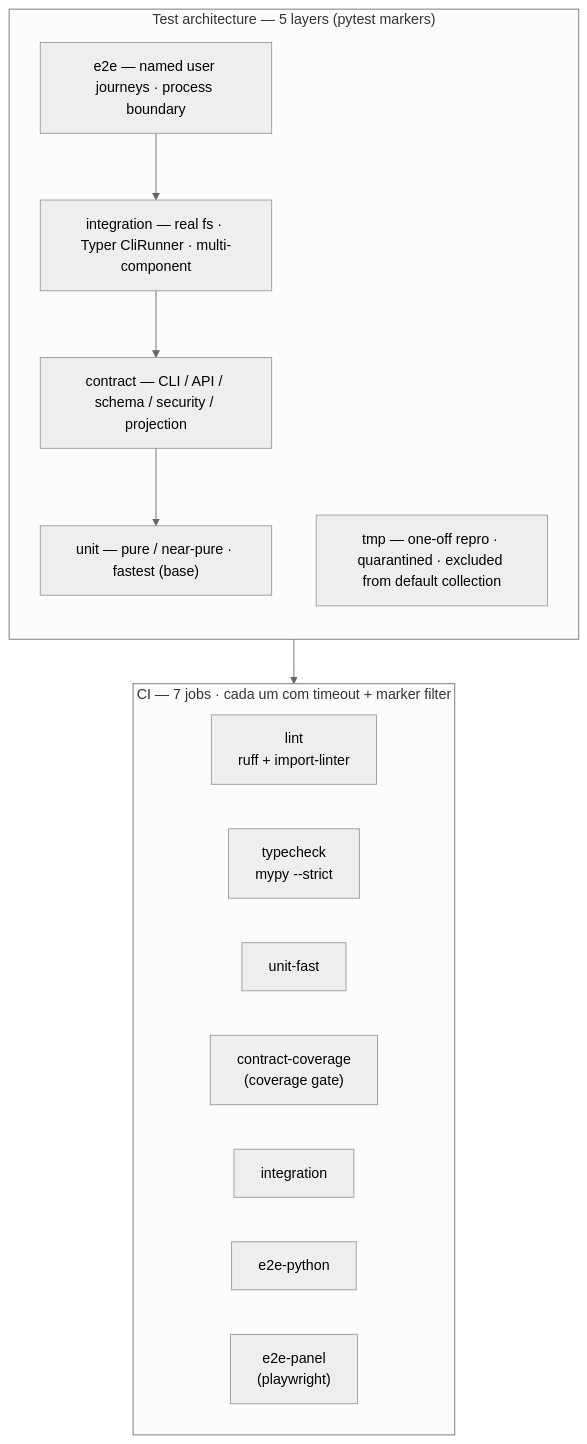
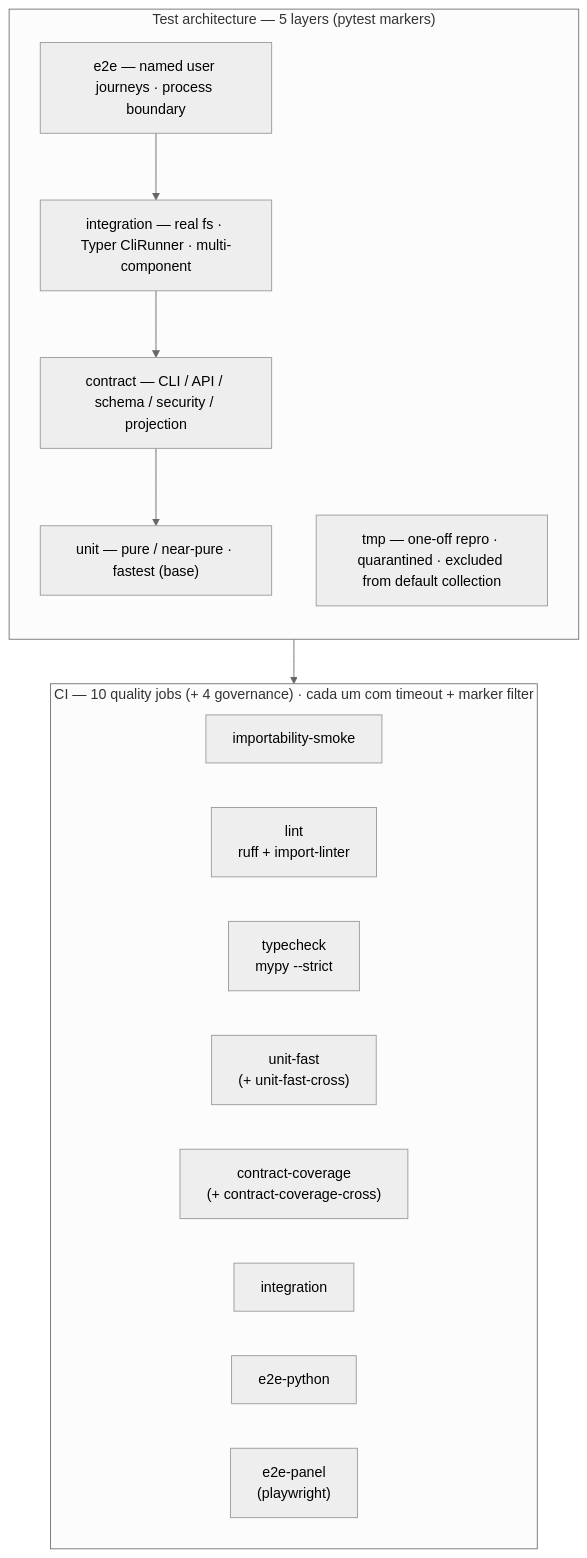
One commit to marcoaureliomenezes/dadaia-workspace changed the diagram in specs/memory/quality-assurance.md. Above: the diagram before and after it, drawn with Mermaid (neutral theme). The commit also changed other lines of this file and 8 other files, not shown here.

````diff
--- a/specs/memory/quality-assurance.md
+++ b/specs/memory/quality-assurance.md
@@ -36,23 +37,24 @@
 ```mermaid
 flowchart TB
     subgraph PYR["Test architecture — 5 layers (pytest markers)"]
         direction TB
         E["e2e — named user journeys · process boundary"]
         IT["integration — real fs · Typer CliRunner · multi-component"]
         CT["contract — CLI / API / schema / security / projection"]
         U["unit — pure / near-pure · fastest (base)"]
         E --> IT --> CT --> U
         TM["tmp — one-off repro · quarantined · excluded from default collection"]
     end
     PYR --> CI
-    subgraph CI["CI — 7 jobs · cada um com timeout + marker filter"]
+    subgraph CI["CI — 10 quality jobs (+ 4 governance) · cada um com timeout + marker filter"]
         direction LR
+        J0["importability-smoke"]
         J1["lint<br/>ruff + import-linter"]
         J2["typecheck<br/>mypy --strict"]
-        J3["unit-fast"]
-        J4["contract-coverage<br/>(coverage gate)"]
+        J3["unit-fast<br/>(+ unit-fast-cross)"]
+        J4["contract-coverage<br/>(+ contract-coverage-cross)"]
         J5["integration"]
         J6["e2e-python"]
         J7["e2e-panel<br/>(playwright)"]
     end
 ```
````
